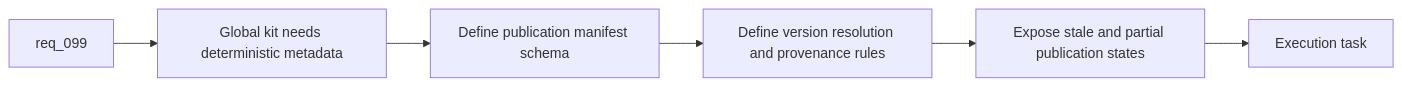
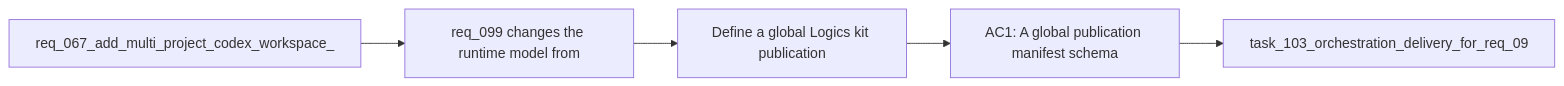
The diagram in logics/backlog/item_167_define_a_global_logics_kit_publication_manifest_and_version_resolution_policy.md (AlexAgo83/logics-manager), drawn with Mermaid before and after one commit. The commit also changed 481 other files, not shown here.

````diff
--- a/logics/backlog/item_167_define_a_global_logics_kit_publication_manifest_and_version_resolution_policy.md
+++ b/logics/backlog/item_167_define_a_global_logics_kit_publication_manifest_and_version_resolution_policy.md
@@ -29,10 +29,9 @@
 ```mermaid
 %% logics-kind: backlog
 %% logics-signature: backlog|define-a-global-logics-kit-publication-m|req-067-add-multi-project-codex-workspac|req-099-changes-the-runtime-model-from|ac1-a-global-publication-manifest-schema
 flowchart LR
-    Request[req_099] --> Problem[Global kit needs deterministic metadata]
-    Problem --> Manifest[Define publication manifest schema]
-    Manifest --> Policy[Define version resolution and provenance rules]
-    Policy --> Repair[Expose stale and partial publication states]
-    Repair --> Done[Execution task]
+    Request[req_067_add_multi_project_codex_workspace_] --> Problem[req_099 changes the runtime model from]
+    Problem --> Scope[Define a global Logics kit publication]
+    Scope --> Acceptance[AC1: A global publication manifest schema]
+    Acceptance --> Tasks[task_103_orchestration_delivery_for_req_09]
 ```
````
